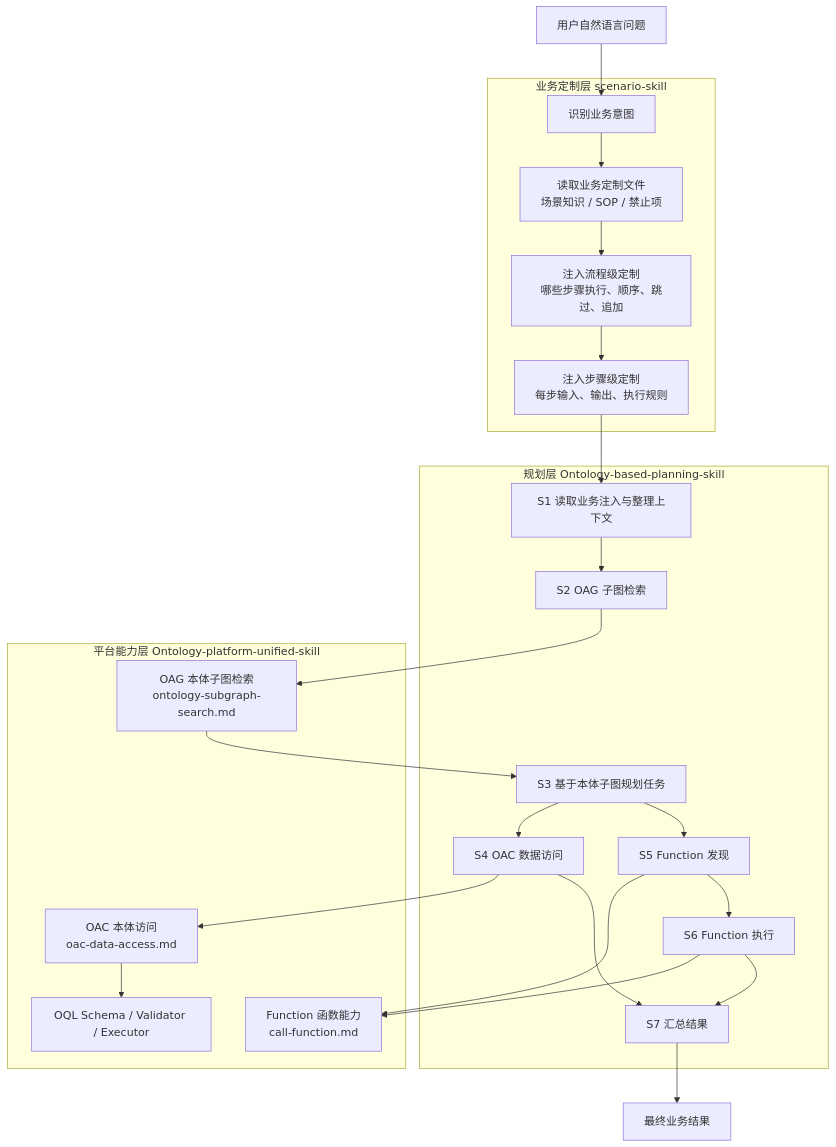
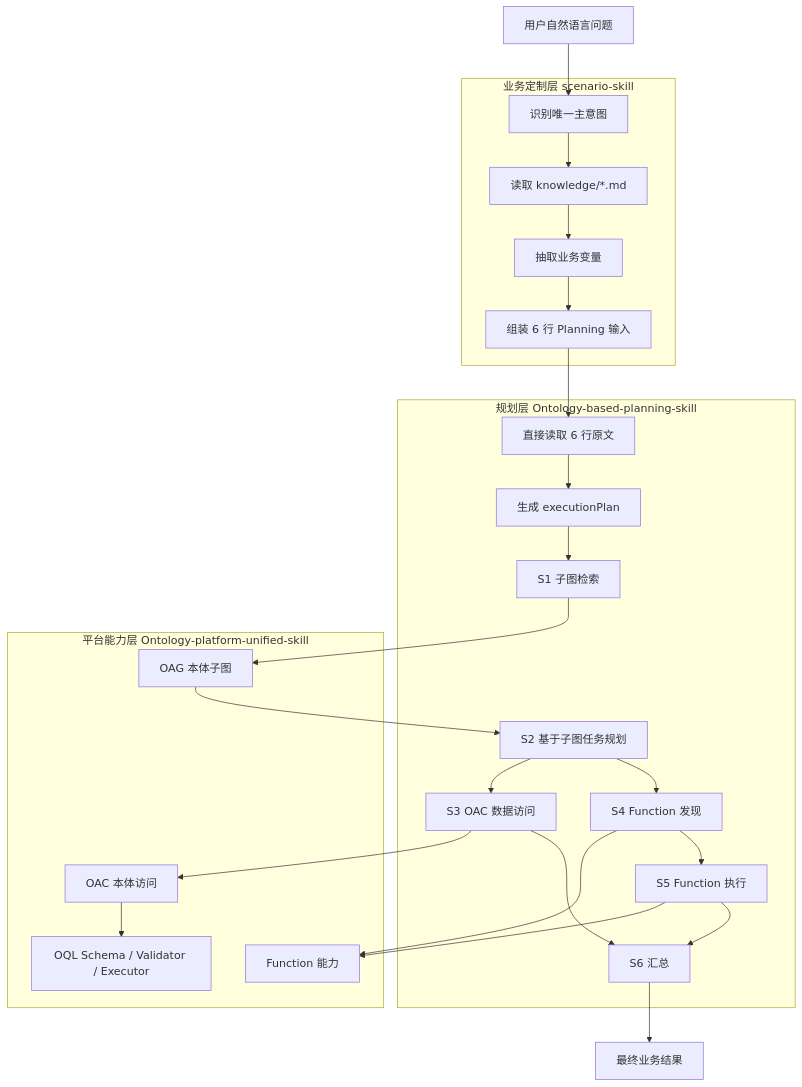
Before and after one commit to cfwl100/onology_dsl: the diagram in onto-skill/docs/agent-skill-design-patterns.md, drawn with Mermaid. The commit also changed other lines of this file, not shown here.

Commit message:
refresh ontology skill architecture docs for latest implementation

````diff
--- a/onto-skill/docs/agent-skill-design-patterns.md
+++ b/onto-skill/docs/agent-skill-design-patterns.md
@@ -56,38 +33,39 @@
 ```mermaid
 flowchart TB
     U[用户自然语言问题]
 
     subgraph BIZ[业务定制层 scenario-skill]
-        B1[识别业务意图]
-        B2[读取业务定制文件<br/>场景知识 / SOP / 禁止项]
-        B3[注入流程级定制<br/>哪些步骤执行、顺序、跳过、追加]
-        B4[注入步骤级定制<br/>每步输入、输出、执行规则]
+        B1[识别唯一主意图]
+        B2[读取 knowledge/*.md]
+        B3[抽取业务变量]
+        B4[组装 6 行 Planning 输入]
     end
 
     subgraph PLAN[规划层 Ontology-based-planning-skill]
-        P1[S1 读取业务注入与整理上下文]
-        P2[S2 OAG 子图检索]
-        P3[S3 基于本体子图规划任务]
-        P4[S4 OAC 数据访问]
-        P5[S5 Function 发现]
-        P6[S6 Function 执行]
-        P7[S7 汇总结果]
+        P0[直接读取 6 行原文]
+        P1[生成 executionPlan]
+        P2[S1 子图检索]
+        P3[S2 基于子图任务规划]
+        P4[S3 OAC 数据访问]
+        P5[S4 Function 发现]
+        P6[S5 Function 执行]
+        P7[S6 汇总]
     end
 
     subgraph PLATFORM[平台能力层 Ontology-platform-unified-skill]
-        OAG[OAG 本体子图检索<br/>ontology-subgraph-search.md]
-        OAC[OAC 本体访问<br/>oac-data-access.md]
-        FUNC[Function 函数能力<br/>call-function.md]
+        OAG[OAG 本体子图]
+        OAC[OAC 本体访问]
+        FUNC[Function 能力]
         SCHEMA[OQL Schema / Validator / Executor]
     end
 
-    U --> B1 --> B2 --> B3 --> B4 --> P1
+    U --> B1 --> B2 --> B3 --> B4 --> P0 --> P1
     P1 --> P2 --> OAG
     OAG --> P3
     P3 --> P4 --> OAC --> SCHEMA
     P3 --> P5 --> FUNC
     P5 --> P6 --> FUNC
     P4 --> P7
     P6 --> P7
     P7 --> R[最终业务结果]
 ```
````
